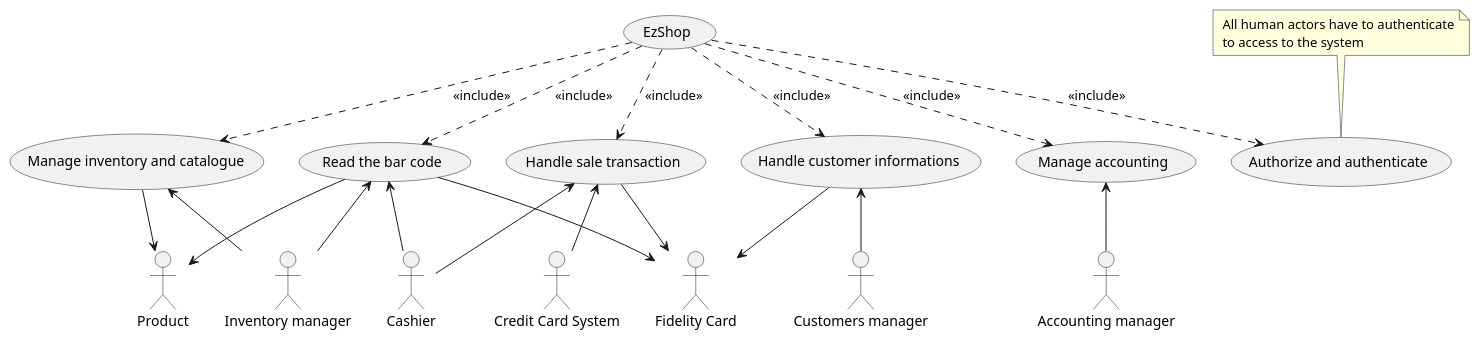
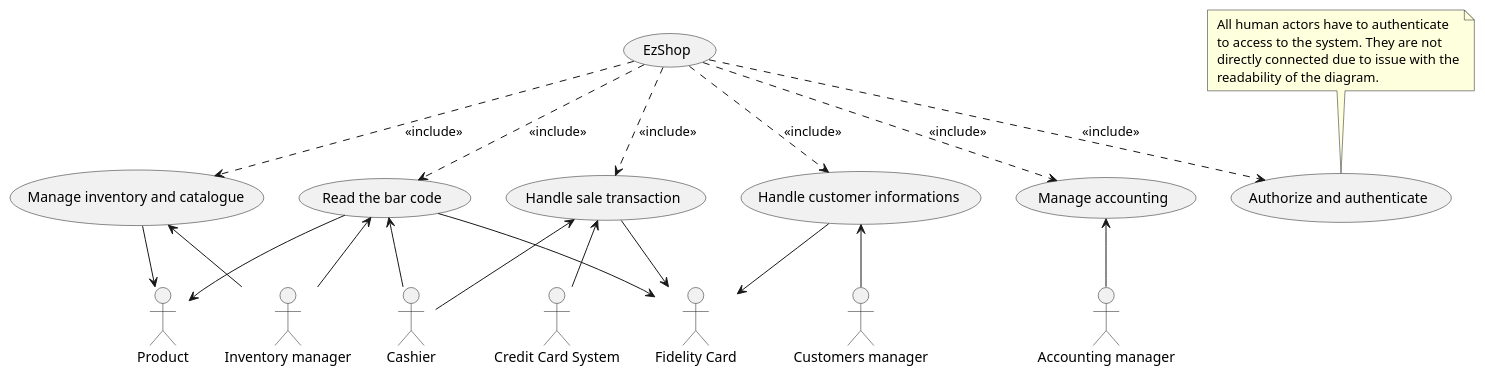
Before and after one commit to GrayNeel/SoftEngProject-EZShop: the second of 4 diagrams in Deliverables/RequirementsDocument.md, drawn with PlantUML.

Commit message:
fix(Requirements): fixed use case diagram's note

````diff
--- a/Deliverables/RequirementsDocument.md
+++ b/Deliverables/RequirementsDocument.md
@@ -174,65 +174,65 @@
 ```plantuml
 @startuml
 
 actor Cashier as c
 actor Product as p
 actor "Inventory manager" as im
 actor "Customers manager" as cm
 actor "Accounting manager" as am
 actor "Credit Card System" as cs
 actor "Fidelity Card" as fc
 
 (EzShop) as (ez)
 
 (Authorize and authenticate) as (aa)
 (Handle customer informations) as (hci)
 (Manage inventory and catalogue) as (mic)
 (Read the bar code) as (rbc)
 (Handle sale transaction) as (hst)
 (Manage accounting) as (ma)
 
 /'(Update amount of pieces of a product) as (uapp)
 (Handle Payment by credit card) as (hpcc)
 (Check fidelity card ) as (cfc)'/
 
-note " All human actors have to authenticate\n to access to the system  " as n1
+note " All human actors have to authenticate\n to access to the system. They are not\n directly connected due to issue with the\n readability of the diagram. " as n1
 
 n1 --> aa
 
 
 (ez) ..> (aa) : <<include>>
 (ez) ..> (hci) : <<include>>
 (ez) ..> (mic) : <<include>>
 (ez) ..> (rbc) : <<include>>
 (ez) ..> (hst) : <<include>>
 (ez) ..> (ma) : <<include>>
 
 /'(mic) ..> (uapp) : <<include>>
 (hst) ..> (hpcc) : <<include>>
 (hst) ..> (cfc) : <<include>>'/
 
 c -up-> (hst)
 c -up-> (rbc) 
 /'c --> (uapp)'/ 
 
 cm -up-> (hci)
 am -up-> (ma)
 im -up-> (mic)
 im -up-> (rbc)
 
 
 
 p <-up- (rbc)
 p <-up- (mic)
 
 cs -up-> (hst)
 /'cs -up-> (hpcc)'/
 
 fc <-up- (hst)
 /'fc <-- (cfc)'/
 
 fc <-up- (rbc)
 fc <-up- (hci)
 
 @enduml
 ```
````
